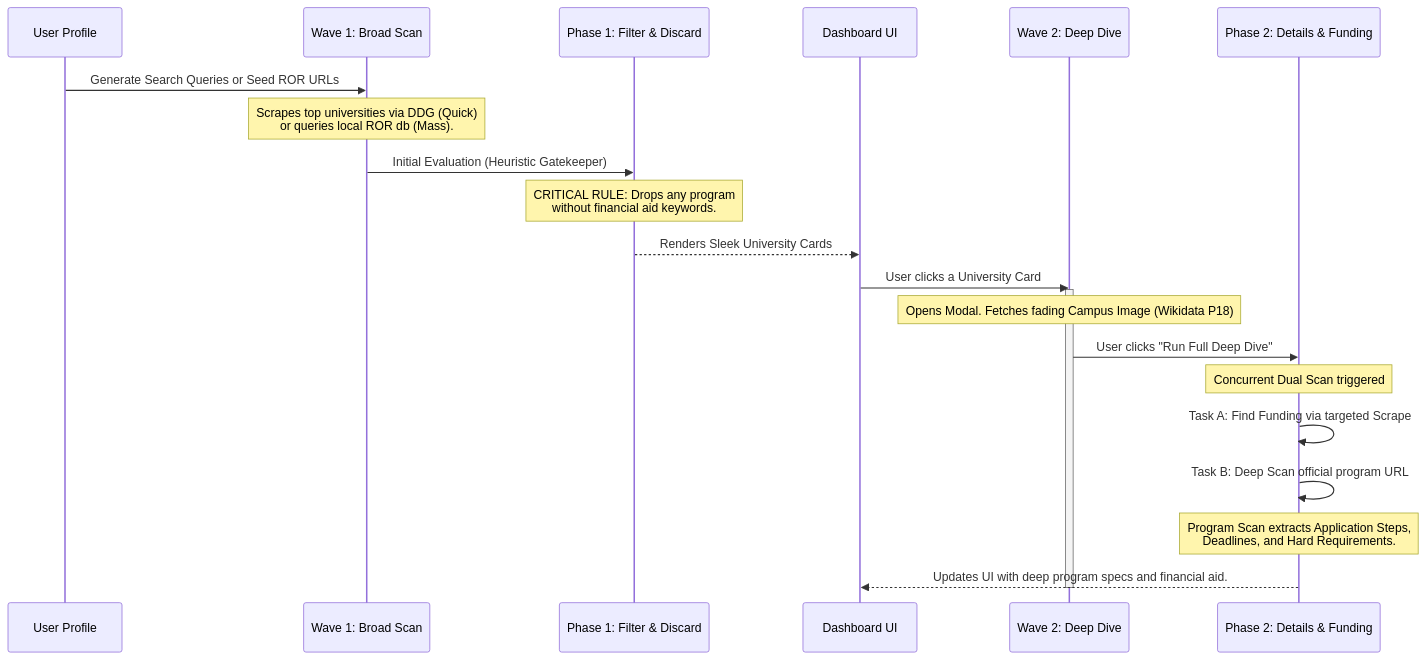
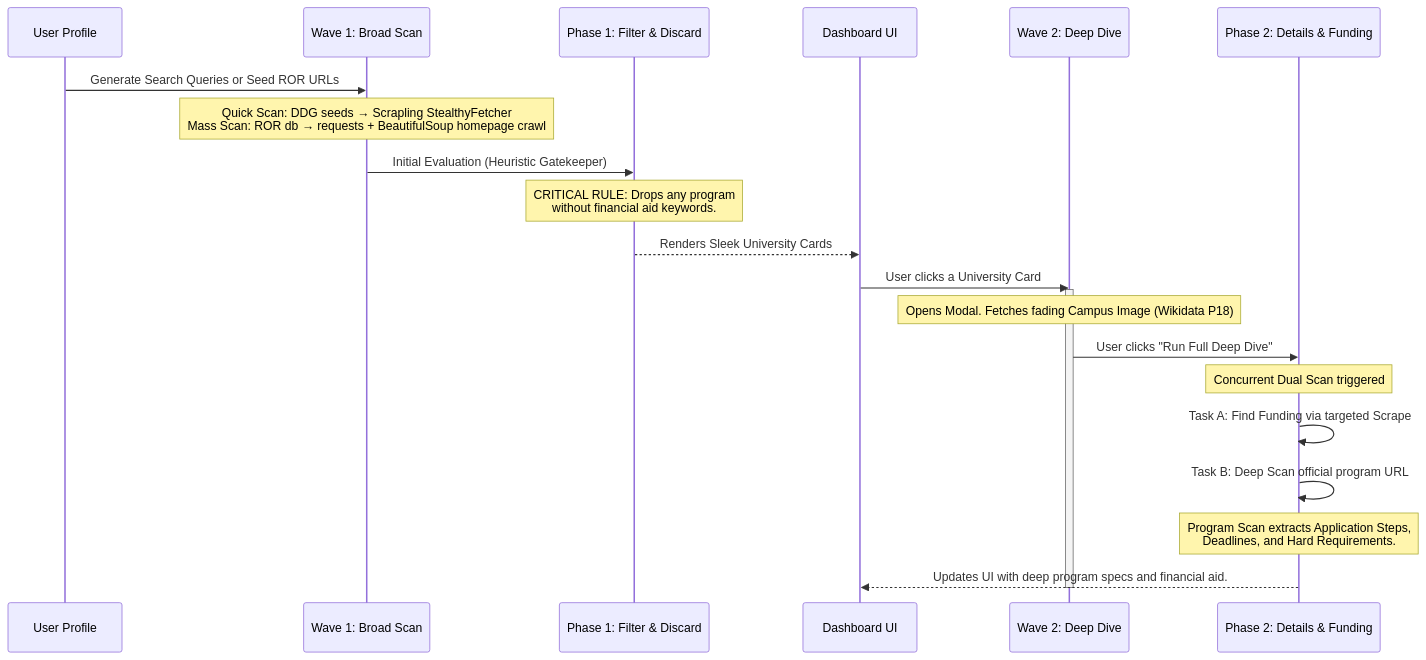
One commit to miguelangelcdm/scholarship-hunter changed the diagram in docs/discovery_engine.md. Above: the diagram before and after it, drawn with Mermaid. The commit also changed other lines of this file and 16 other files, not shown here.

Commit message:
feat: mass scan stability improvements and log metrics

````diff
--- a/docs/discovery_engine.md
+++ b/docs/discovery_engine.md
@@ -9,25 +9,25 @@
 ```mermaid
 sequenceDiagram
     participant User as User Profile
     participant Wave1 as Wave 1: Broad Scan
     participant AI1 as Phase 1: Filter & Discard
     participant UI as Dashboard UI
     participant Wave2 as Wave 2: Deep Dive
     participant AI2 as Phase 2: Details & Funding
 
     User->>Wave1: Generate Search Queries or Seed ROR URLs
-    Note over Wave1: Scrapes top universities via DDG (Quick)<br/>or queries local ROR db (Mass).
+    Note over Wave1: Quick Scan: DDG seeds → Scrapling StealthyFetcher<br/>Mass Scan: ROR db → requests + BeautifulSoup homepage crawl
     Wave1->>AI1: Initial Evaluation (Heuristic Gatekeeper)
     Note over AI1: CRITICAL RULE: Drops any program<br/>without financial aid keywords.
     AI1-->>UI: Renders Sleek University Cards
     UI->>Wave2: User clicks a University Card
     activate Wave2
     Note over Wave2: Opens Modal. Fetches fading Campus Image (Wikidata P18)
     Wave2->>AI2: User clicks "Run Full Deep Dive"
     Note over AI2: Concurrent Dual Scan triggered
     AI2->>AI2: Task A: Find Funding via targeted Scrape
     AI2->>AI2: Task B: Deep Scan official program URL
     Note over AI2: Program Scan extracts Application Steps,<br/>Deadlines, and Hard Requirements.
     AI2-->>UI: Updates UI with deep program specs and financial aid.
     deactivate Wave2
 ```
````
